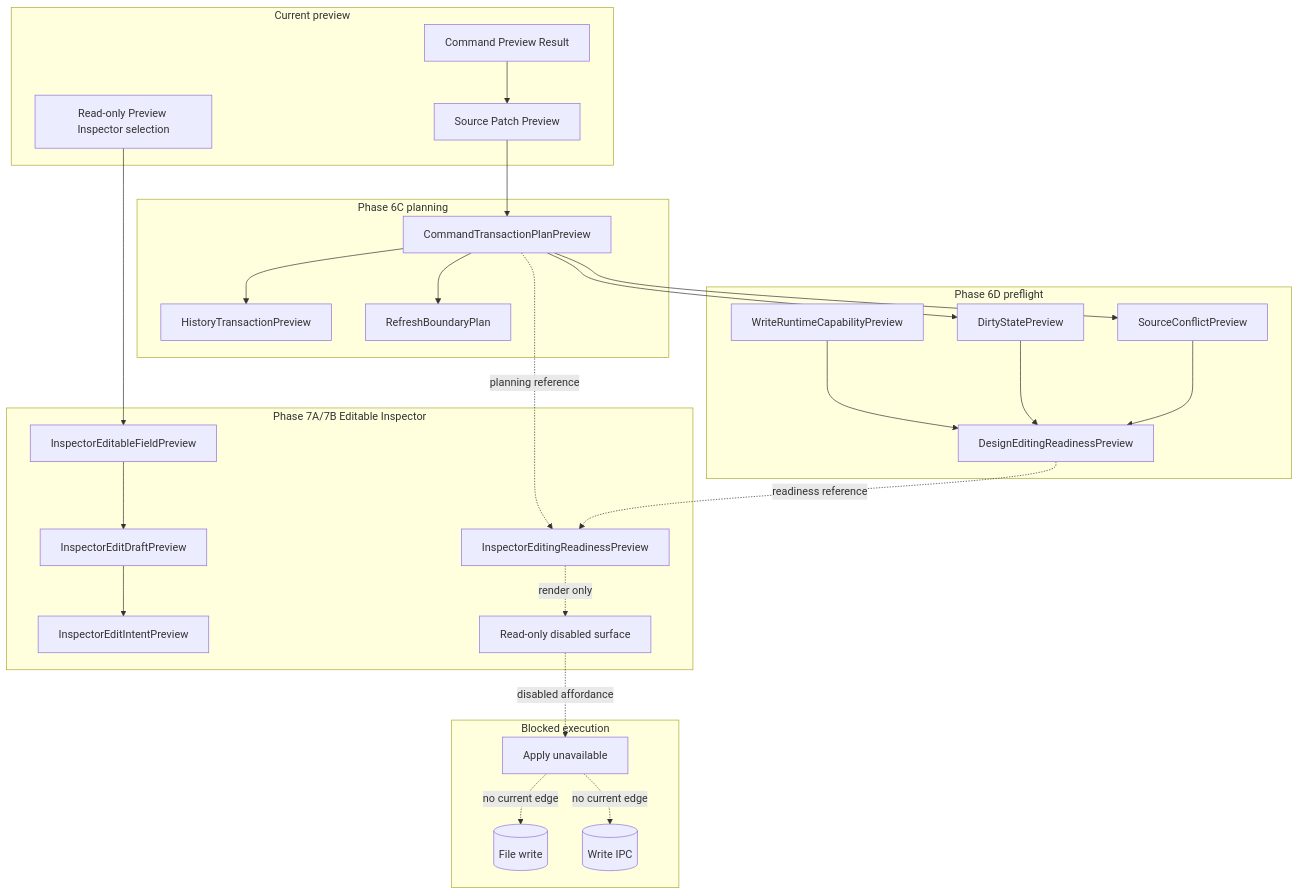
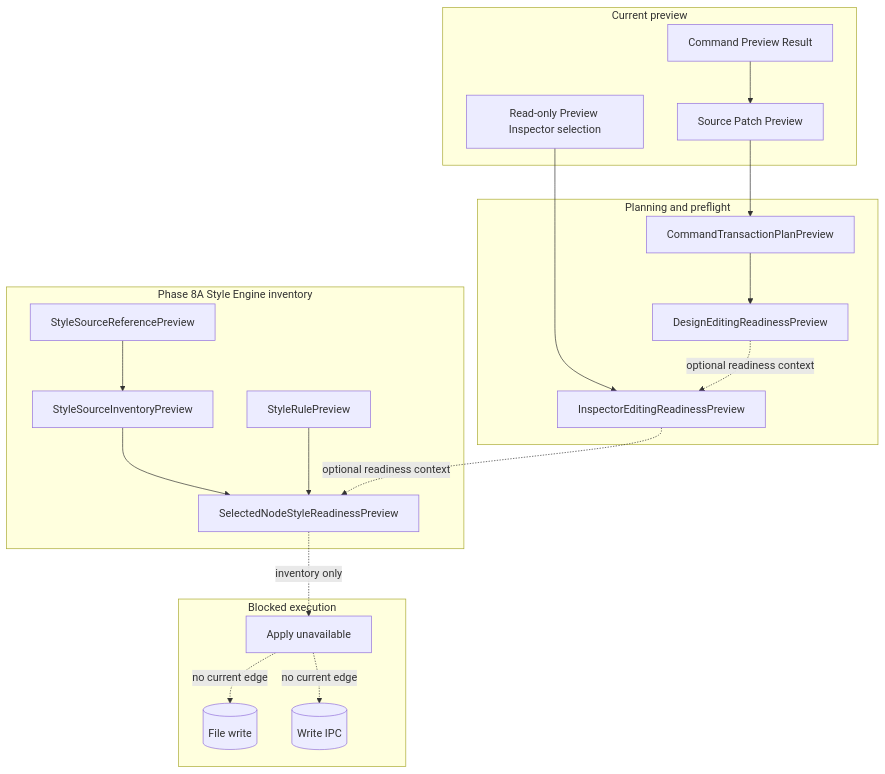
One commit to krestosa/Crystal changed the diagram in docs/architecture/commands/future-command-execution.md. Above: the diagram before and after it, drawn with Mermaid. The commit also changed other lines of this file, not shown here.

Commit message:
Document style engine source inventory foundation

````diff
--- a/docs/architecture/commands/future-command-execution.md
+++ b/docs/architecture/commands/future-command-execution.md
@@ -100,51 +77,37 @@
 ```mermaid
 flowchart TD
   subgraph Preview[Current preview]
     Command[Command Preview Result]
     Patch[Source Patch Preview]
     Selection[Read-only Preview Inspector selection]
   end
 
-  subgraph Planning[Phase 6C planning]
+  subgraph Planning[Planning and preflight]
     Plan[CommandTransactionPlanPreview]
-    History[HistoryTransactionPreview]
-    Refresh[RefreshBoundaryPlan]
+    Ready[DesignEditingReadinessPreview]
+    InspectorReady[InspectorEditingReadinessPreview]
   end
 
-  subgraph Preflight[Phase 6D preflight]
-    Dirty[DirtyStatePreview]
-    Conflict[SourceConflictPreview]
-    Runtime[WriteRuntimeCapabilityPreview]
-    Ready[DesignEditingReadinessPreview]
-  end
-
-  subgraph Inspector[Phase 7A/7B Editable Inspector]
-    Field[InspectorEditableFieldPreview]
-    Draft[InspectorEditDraftPreview]
-    Intent[InspectorEditIntentPreview]
-    InspectorReady[InspectorEditingReadinessPreview]
-    Surface[Read-only disabled surface]
+  subgraph Style8A[Phase 8A Style Engine inventory]
+    Sources[StyleSourceReferencePreview]
+    Inventory[StyleSourceInventoryPreview]
+    Rules[StyleRulePreview]
+    StyleReady[SelectedNodeStyleReadinessPreview]
   end
 
   subgraph Blocked[Blocked execution]
     Apply[Apply unavailable]
     Write[(File write)]
     Ipc[(Write IPC)]
   end
 
-  Command --> Patch --> Plan
-  Plan --> History
-  Plan --> Refresh
-  Plan --> Dirty
-  Plan --> Conflict
-  Runtime --> Ready
-  Dirty --> Ready
-  Conflict --> Ready
-  Selection --> Field --> Draft --> Intent
-  Plan -. planning reference .-> InspectorReady
-  Ready -. readiness reference .-> InspectorReady
-  InspectorReady -. render only .-> Surface
-  Surface -. disabled affordance .-> Apply
+  Command --> Patch --> Plan --> Ready
+  Selection --> InspectorReady
+  Sources --> Inventory --> StyleReady
+  Rules --> StyleReady
+  Ready -. optional readiness context .-> InspectorReady
+  InspectorReady -. optional readiness context .-> StyleReady
+  StyleReady -. inventory only .-> Apply
   Apply -. no current edge .-> Write
   Apply -. no current edge .-> Ipc
 ```
````
